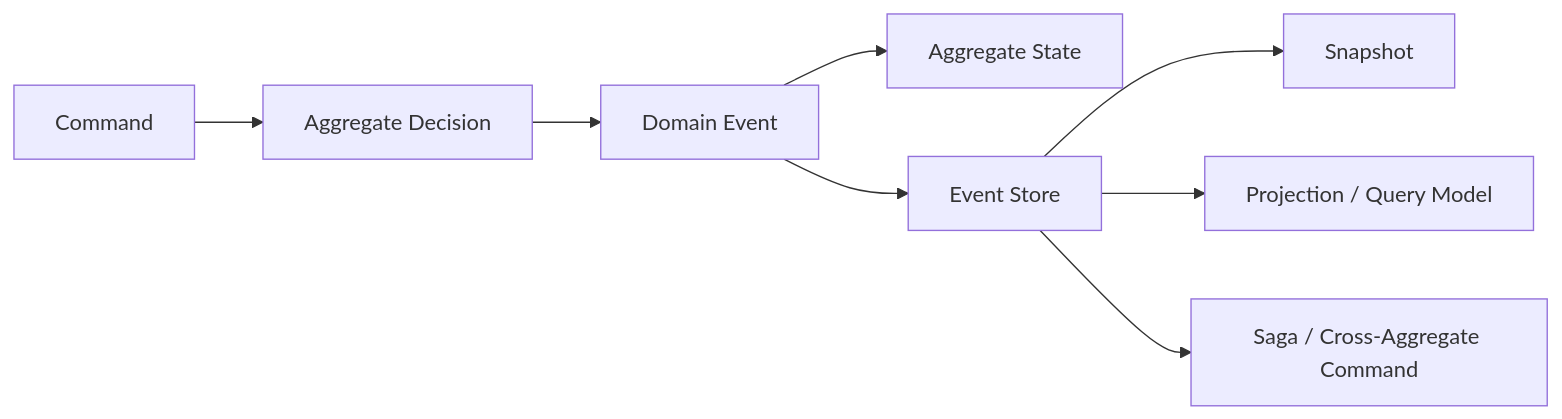
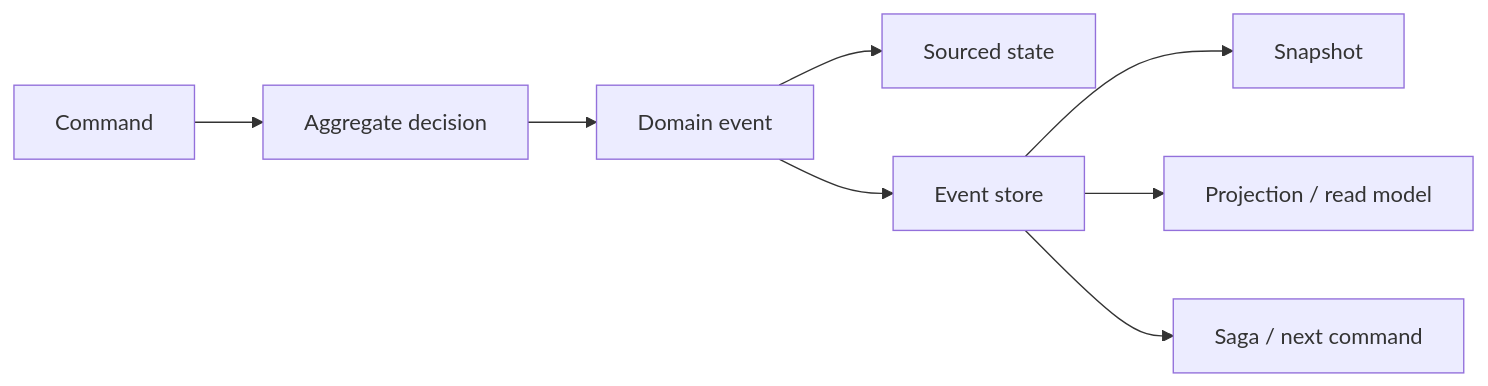
The diagram in documentation/docs/en/guide/introduction.md (Ahoo-Wang/Wow), drawn with Mermaid before and after one commit. The commit also changed other lines of this file and 166 other files, not shown here.

````diff
--- a/documentation/docs/en/guide/introduction.md
+++ b/documentation/docs/en/guide/introduction.md
@@ -79,10 +61,10 @@
 ```mermaid
 flowchart LR
-    Command --> Aggregate[Aggregate Decision]
-    Aggregate --> Event[Domain Event]
-    Event --> State[Aggregate State]
-    Event --> Store[Event Store]
+    Command --> Aggregate[Aggregate decision]
+    Aggregate --> Event[Domain event]
+    Event --> State[Sourced state]
+    Event --> Store[Event store]
     Store --> Snapshot
-    Store --> Projection[Projection / Query Model]
-    Store --> Saga[Saga / Cross-Aggregate Command]
+    Store --> Projection[Projection / read model]
+    Store --> Saga[Saga / next command]
 ```
````
